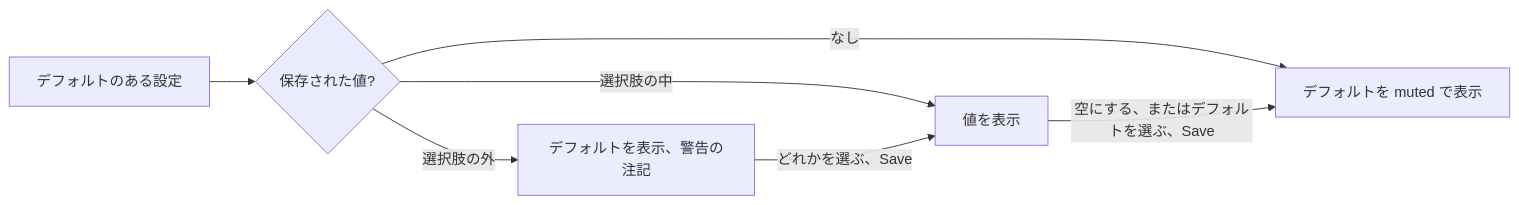
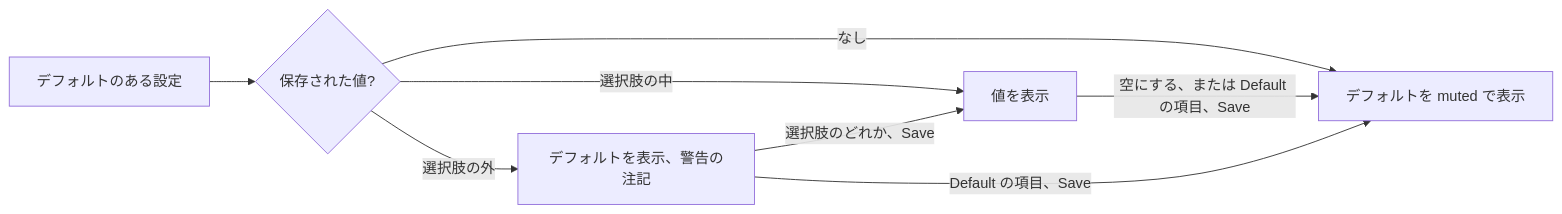
Before and after one commit to syudead/vv: the second of 4 diagrams in translations/ja/specs/056-plugin-tooling/ui-design.md, drawn with Mermaid. The commit also changed other lines of this file and 3 other files, not shown here.

````diff
--- a/translations/ja/specs/056-plugin-tooling/ui-design.md
+++ b/translations/ja/specs/056-plugin-tooling/ui-design.md
@@ -151,9 +163,10 @@
 ```mermaid
 flowchart LR
   field[デフォルトのある設定] --> stored{保存された値?}
   stored -->|なし| def[デフォルトを muted で表示]
   stored -->|選択肢の中| val[値を表示]
   stored -->|選択肢の外| stale[デフォルトを表示、警告の注記]
-  val -->|空にする、またはデフォルトを選ぶ、Save| def
-  stale -->|どれかを選ぶ、Save| val
+  val -->|空にする、または Default の項目、Save| def
+  stale -->|選択肢のどれか、Save| val
+  stale -->|Default の項目、Save| def
 ```
````
